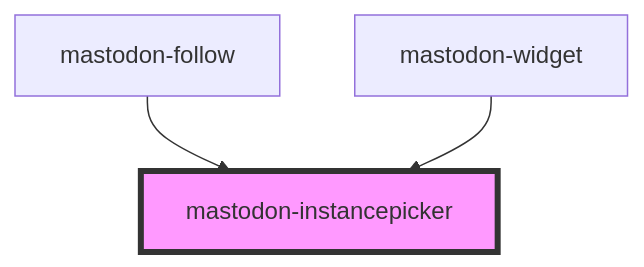
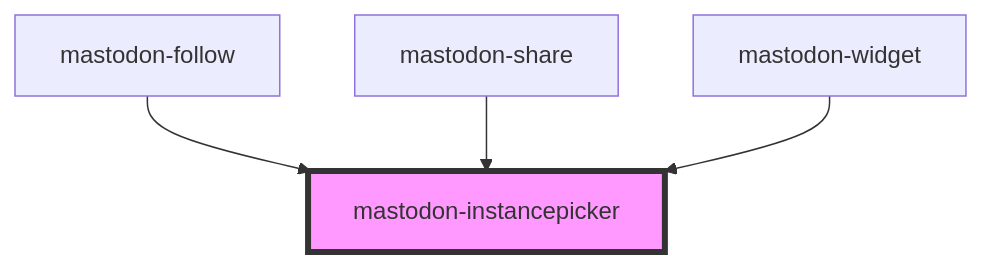
One commit to splitbrain/mastodon-widget changed the diagram in src/components/mastodon-instancepicker/readme.md. Above: the diagram before and after it, drawn with Mermaid. The commit also changed other lines of this file and 9 other files, not shown here.

````diff
--- a/src/components/mastodon-instancepicker/readme.md
+++ b/src/components/mastodon-instancepicker/readme.md
@@ -53,6 +54,7 @@
 ```mermaid
 graph TD;
   mastodon-follow --> mastodon-instancepicker
+  mastodon-share --> mastodon-instancepicker
   mastodon-widget --> mastodon-instancepicker
   style mastodon-instancepicker fill:#f9f,stroke:#333,stroke-width:4px
 ```
````
